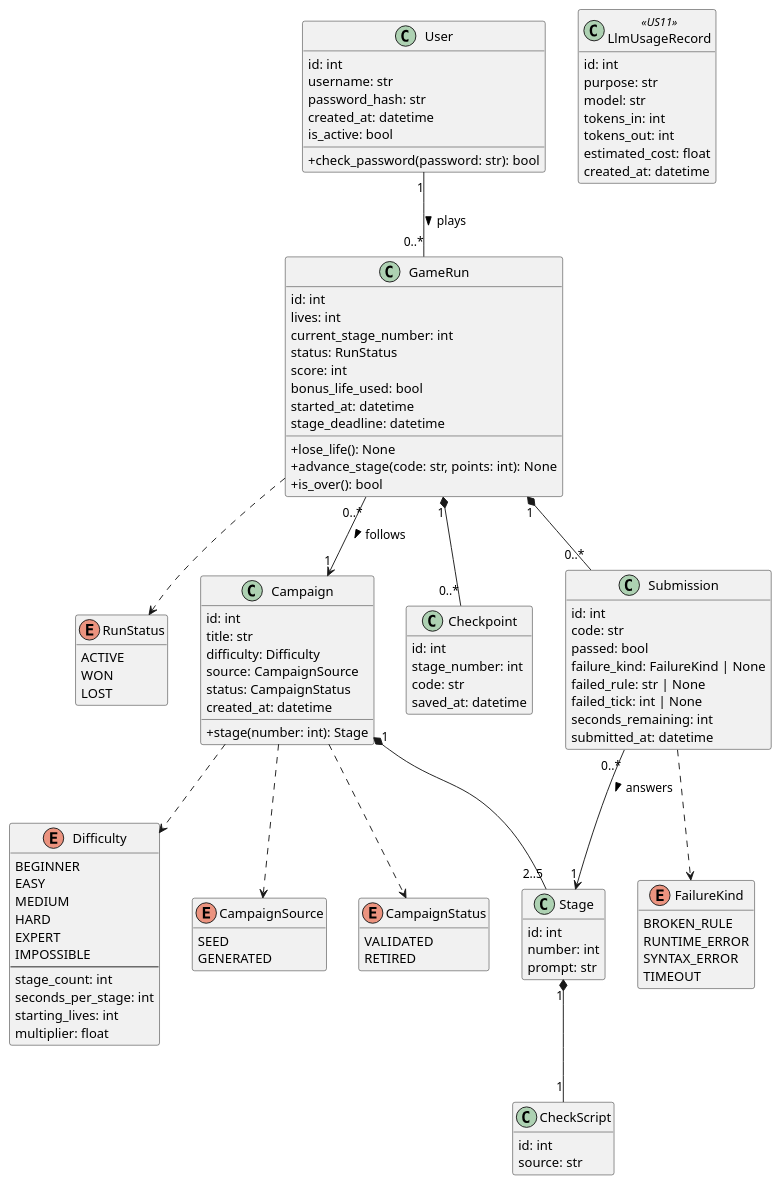
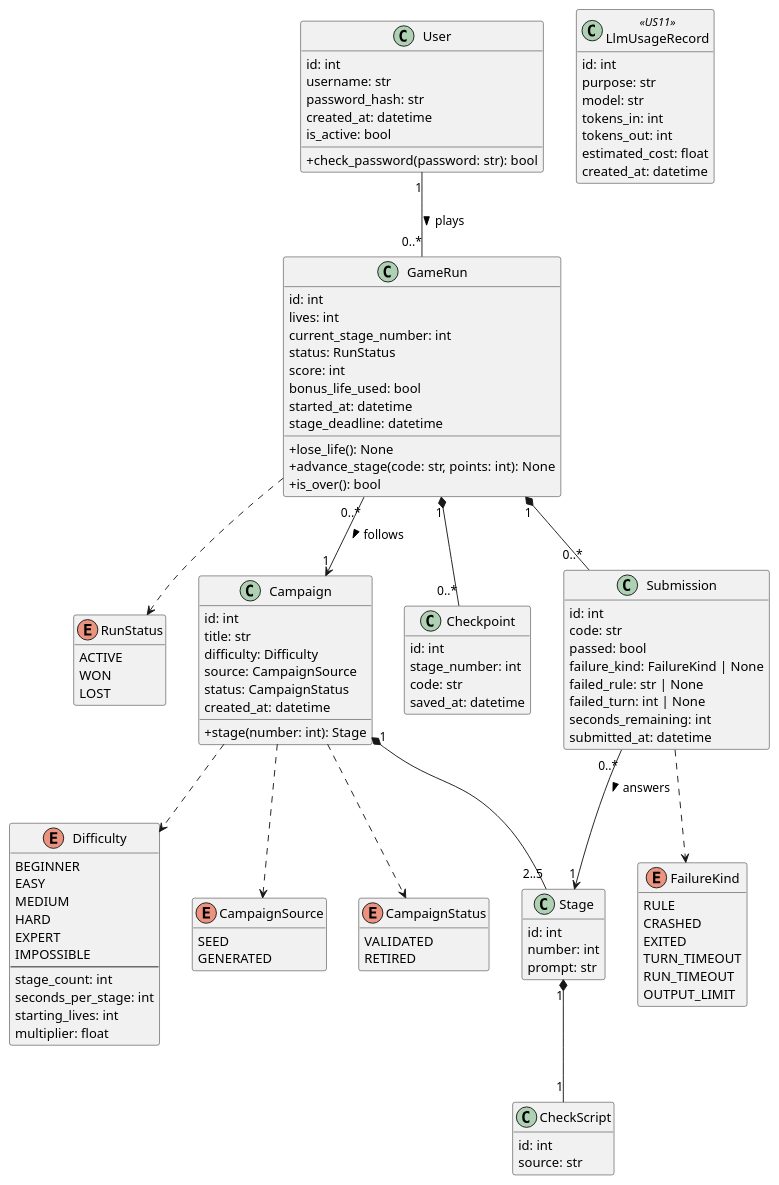
One commit to msu-denver/rokos-tasks changed the diagram in uml/class.wsd. Above: the diagram before and after it, drawn with PlantUML. The commit also changed 12 other files, not shown here.

```diff
--- a/uml/class.wsd
+++ b/uml/class.wsd
@@ -1,133 +1,135 @@
 @startuml class
 ' File: class.wsd
 ' Description: Class diagram of the model (domain) classes for Roko's Tasks.
 '     Routes, services, repositories, and framework classes are excluded.
 ' Author(s): <team member names>
 
 hide empty members
 skinparam classAttributeIconSize 0
 
 enum Difficulty {
     BEGINNER
     EASY
     MEDIUM
     HARD
     EXPERT
     IMPOSSIBLE
     --
     stage_count: int
     seconds_per_stage: int
     starting_lives: int
     multiplier: float
 }
 
 enum CampaignSource {
     SEED
     GENERATED
 }
 
 enum CampaignStatus {
     VALIDATED
     RETIRED
 }
 
 enum RunStatus {
     ACTIVE
     WON
     LOST
 }
 
 enum FailureKind {
-    BROKEN_RULE
-    RUNTIME_ERROR
-    SYNTAX_ERROR
-    TIMEOUT
+    RULE
+    CRASHED
+    EXITED
+    TURN_TIMEOUT
+    RUN_TIMEOUT
+    OUTPUT_LIMIT
 }
 
 class User {
     id: int
     username: str
     password_hash: str
     created_at: datetime
     is_active: bool
     +check_password(password: str): bool
 }
 
 class Campaign {
     id: int
     title: str
     difficulty: Difficulty
     source: CampaignSource
     status: CampaignStatus
     created_at: datetime
     +stage(number: int): Stage
 }
 
 class Stage {
     id: int
     number: int
     prompt: str
 }
 
 class CheckScript {
     id: int
     source: str
 }
 
 class GameRun {
     id: int
     lives: int
     current_stage_number: int
     status: RunStatus
     score: int
     bonus_life_used: bool
     started_at: datetime
     stage_deadline: datetime
     +lose_life(): None
     +advance_stage(code: str, points: int): None
     +is_over(): bool
 }
 
 class Checkpoint {
     id: int
     stage_number: int
     code: str
     saved_at: datetime
 }
 
 class Submission {
     id: int
     code: str
     passed: bool
     failure_kind: FailureKind | None
     failed_rule: str | None
-    failed_tick: int | None
+    failed_turn: int | None
     seconds_remaining: int
     submitted_at: datetime
 }
 
 class LlmUsageRecord <<US11>> {
     id: int
     purpose: str
     model: str
     tokens_in: int
     tokens_out: int
     estimated_cost: float
     created_at: datetime
 }
 
 User "1" -- "0..*" GameRun : plays >
 GameRun "0..*" --> "1" Campaign : follows >
 Campaign "1" *-- "2..5" Stage
 Stage "1" *-- "1" CheckScript
 GameRun "1" *-- "0..*" Checkpoint
 GameRun "1" *-- "0..*" Submission
 Submission "0..*" --> "1" Stage : answers >
 
 Campaign ..> Difficulty
 Campaign ..> CampaignSource
 Campaign ..> CampaignStatus
 GameRun ..> RunStatus
 Submission ..> FailureKind
 
 @enduml
```
